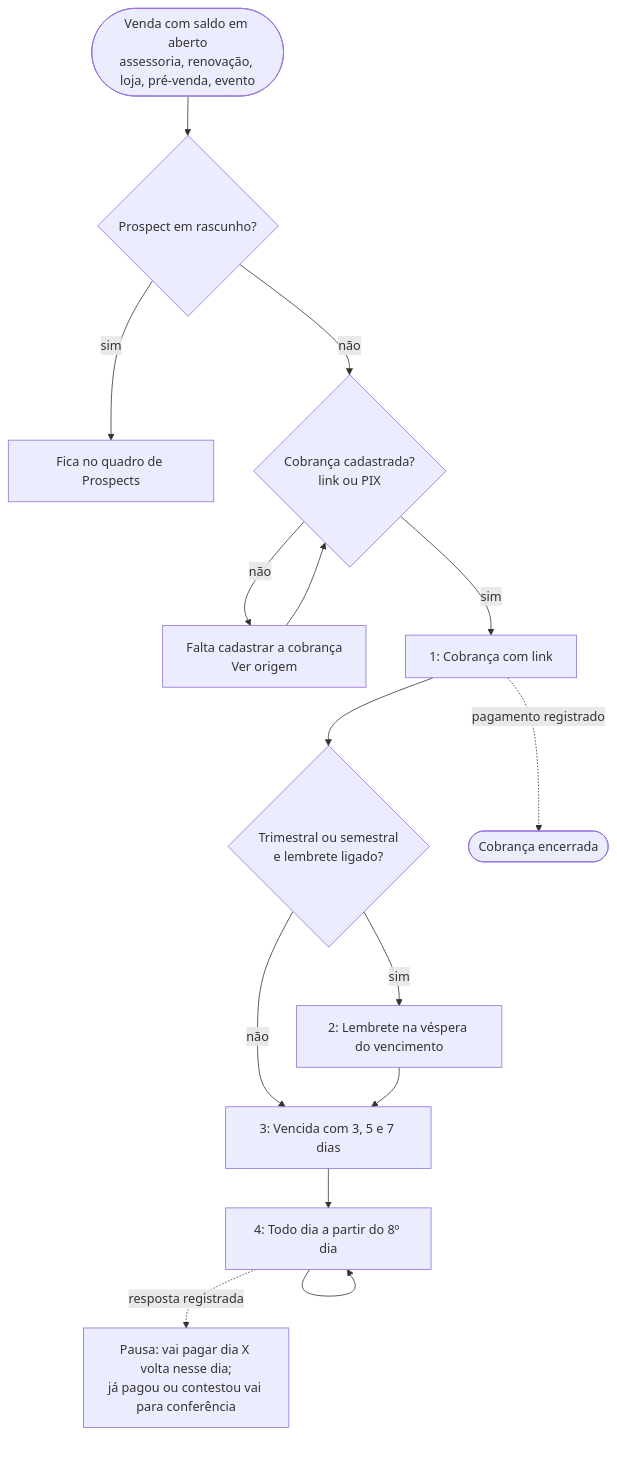
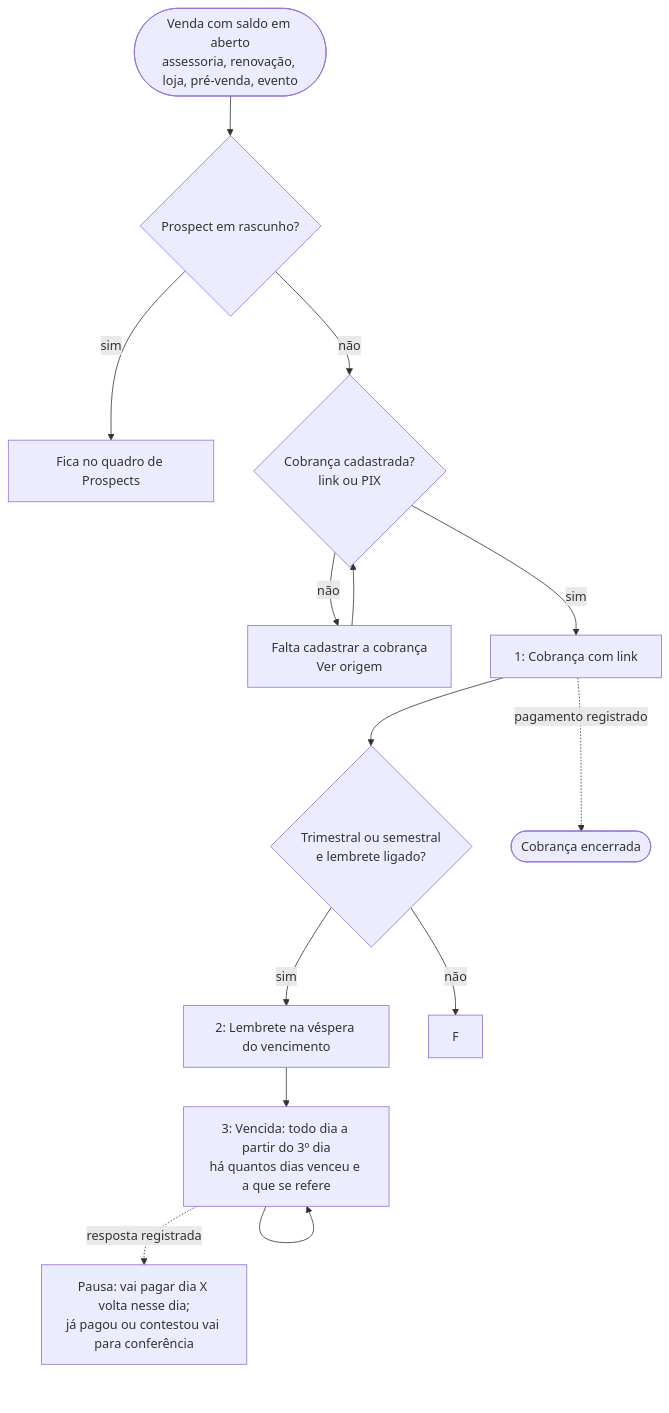
One commit to enduranceon/eon-store changed the third of 3 diagrams in docs/fluxos-de-mensagens.md. Above: the diagram before and after it, drawn with Mermaid. The commit also changed other lines of this file and 9 other files, not shown here.

First line of the commit message:
Cobrança vencida todo dia a partir do 3º dia, com dias de atraso e referência

````diff
--- a/docs/fluxos-de-mensagens.md
+++ b/docs/fluxos-de-mensagens.md
@@ -158,17 +158,16 @@
 ```mermaid
 flowchart TD
   A([Venda com saldo em aberto<br/>assessoria, renovação, loja, pré-venda, evento]) --> P{Prospect em rascunho?}
   P -- sim --> X[Fica no quadro de Prospects]
   P -- não --> L{Cobrança cadastrada?<br/>link ou PIX}
   L -- não --> C0[Falta cadastrar a cobrança<br/>Ver origem]
   C0 --> L
   L -- sim --> B[1: Cobrança com link]
   B --> D{Trimestral ou semestral<br/>e lembrete ligado?}
   D -- sim --> E[2: Lembrete na véspera do vencimento]
   D -- não --> F
-  E --> F[3: Vencida com 3, 5 e 7 dias]
-  F --> G[4: Todo dia a partir do 8º dia]
+  E --> G[3: Vencida: todo dia a partir do 3º dia<br/>há quantos dias venceu e a que se refere]
   G --> G
   G -. resposta registrada .-> R[Pausa: vai pagar dia X volta nesse dia;<br/>já pagou ou contestou vai para conferência]
   B -. pagamento registrado .-> Z([Cobrança encerrada])
 ```
````
